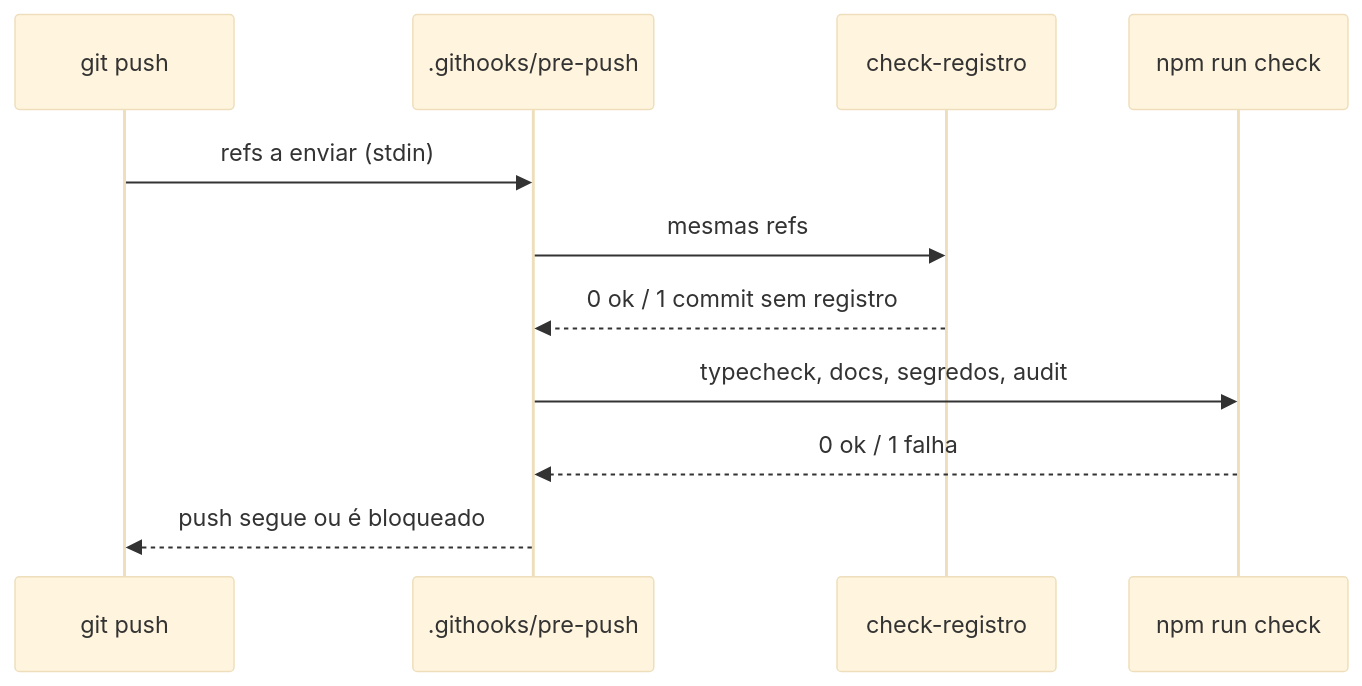
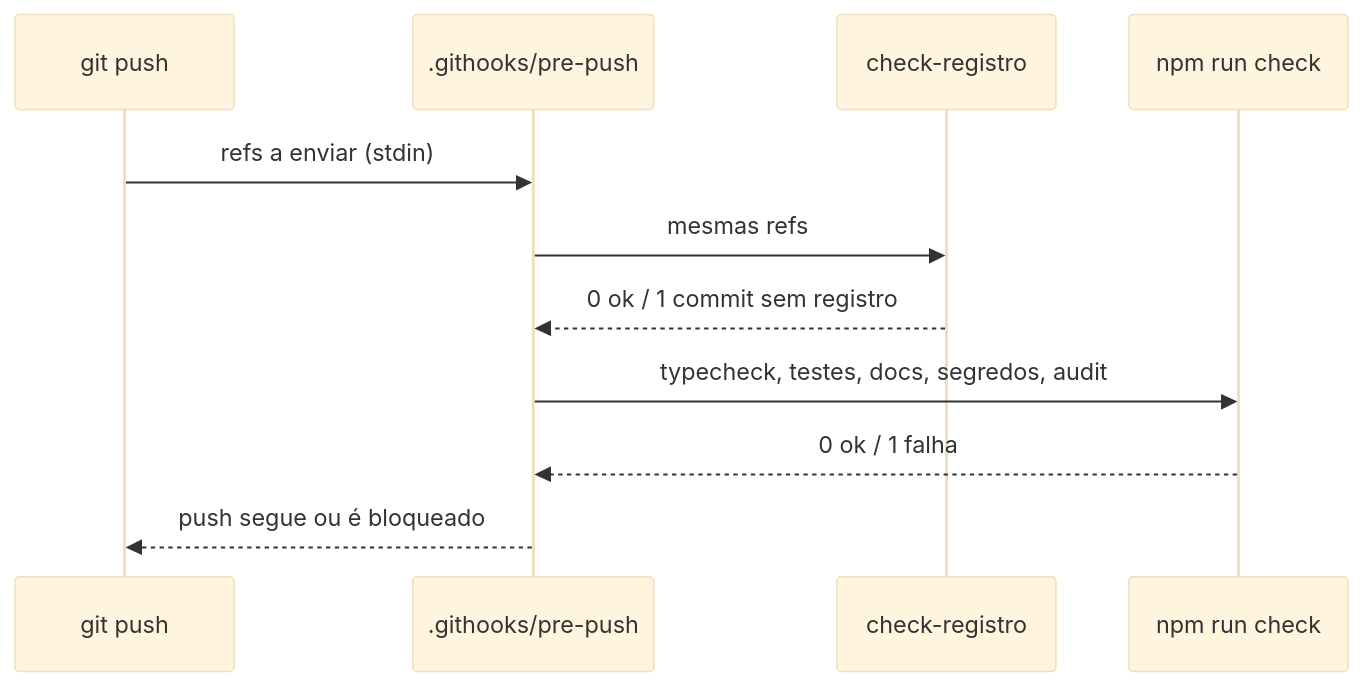
One commit to TokumoH/RevocastCameras changed the diagram in .githooks/README.md. Above: the diagram before and after it, drawn with Mermaid (base theme). The commit also changed 48 other files, not shown here.

````diff
--- a/.githooks/README.md
+++ b/.githooks/README.md
@@ -52,13 +52,13 @@
 ```mermaid
 sequenceDiagram
     participant U as git push
     participant H as .githooks/pre-push
     participant R as check-registro
     participant C as npm run check
     U->>H: refs a enviar (stdin)
     H->>R: mesmas refs
     R-->>H: 0 ok / 1 commit sem registro
-    H->>C: typecheck, docs, segredos, audit
+    H->>C: typecheck, testes, docs, segredos, audit
     C-->>H: 0 ok / 1 falha
     H-->>U: push segue ou é bloqueado
 ```
````
